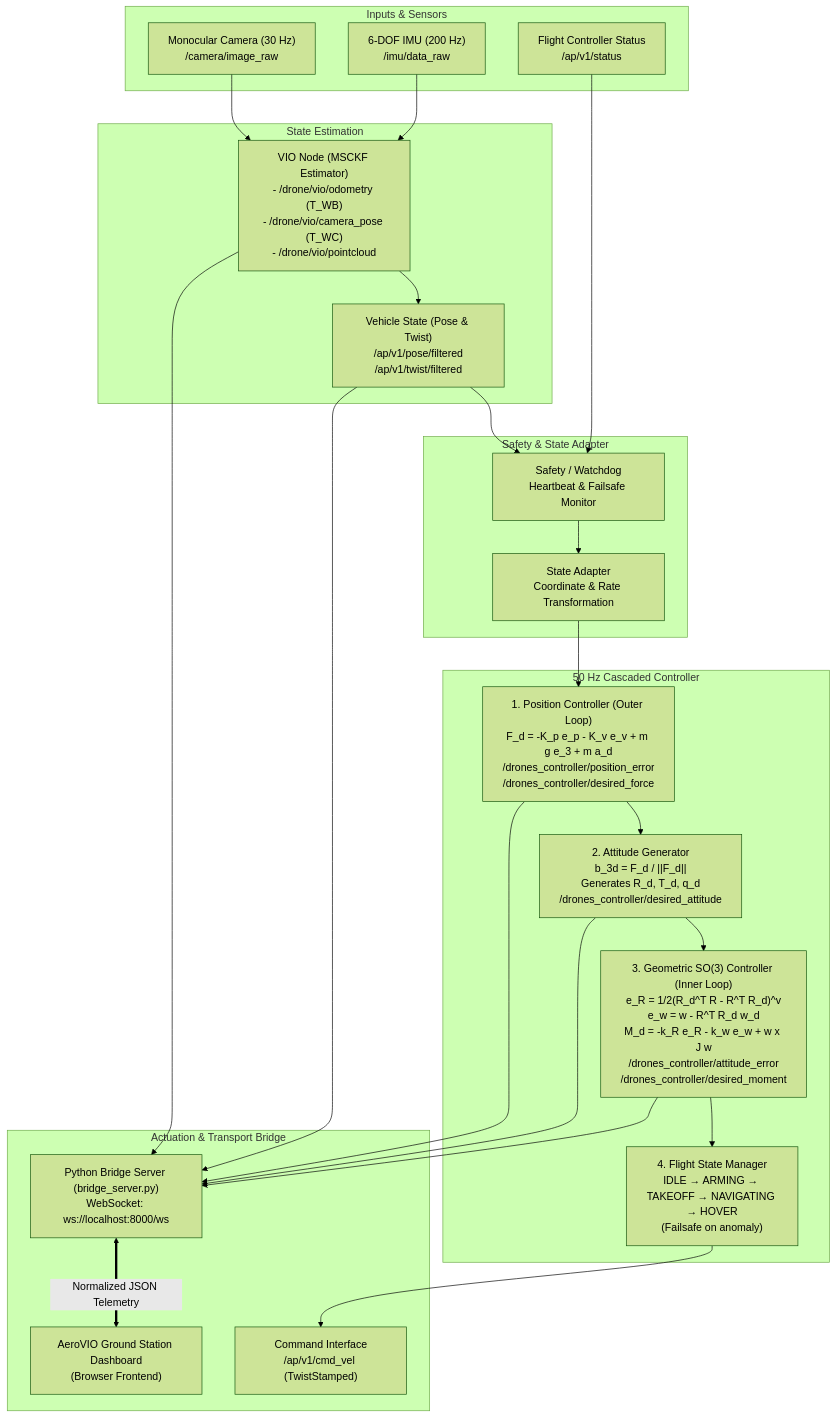
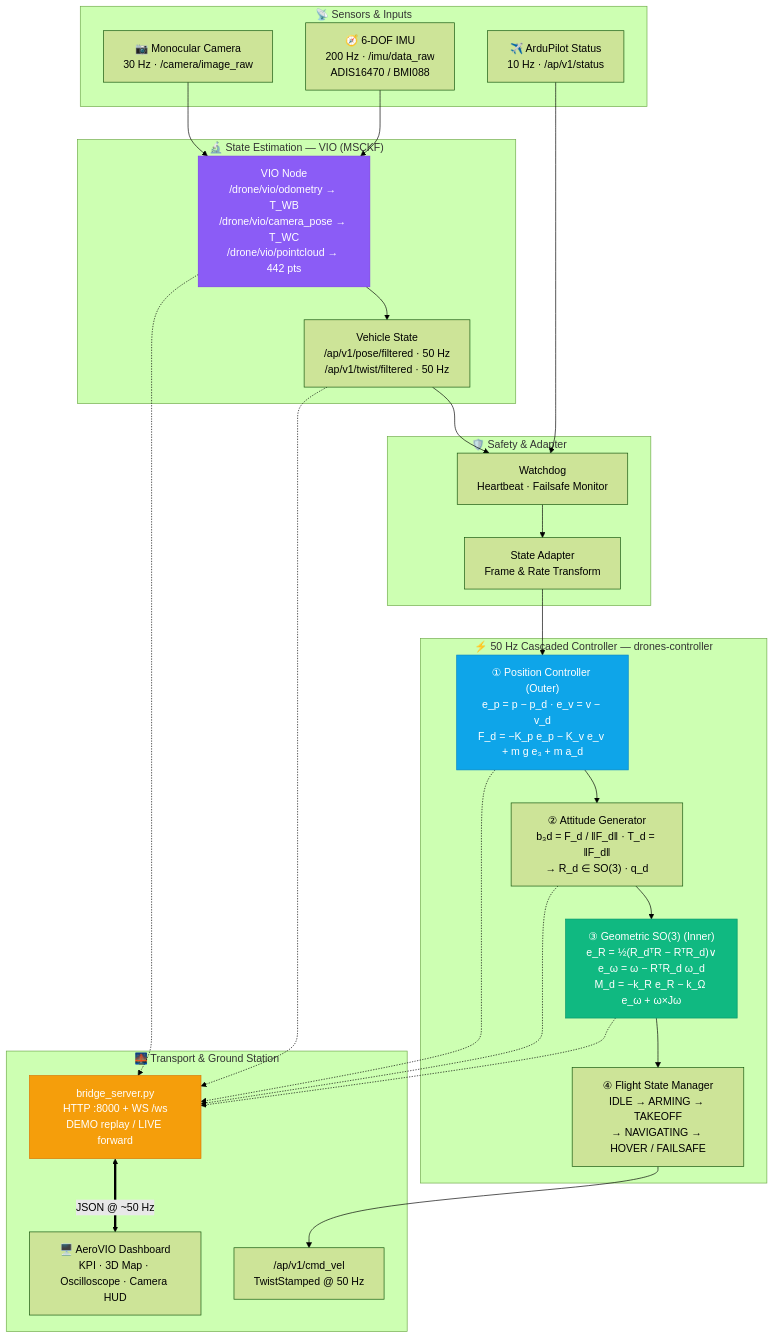
Before and after one commit to iamakhilan/Drones-Dashboard: the diagram in README.md, drawn with Mermaid (forest theme). The commit also changed other lines of this file, not shown here.

Commit message:
docs: beautiful README with hero, badges, architecture, quickstart and tech stack

````diff
--- a/README.md
+++ b/README.md
@@ -46,50 +137,50 @@
 ```mermaid
-flowchart TD
-    subgraph Inputs & Sensors
-        CAM["Monocular Camera (30 Hz)\n/camera/image_raw"]
-        IMU["6-DOF IMU (200 Hz)\n/imu/data_raw"]
-        AP_STATUS["Flight Controller Status\n/ap/v1/status"]
+flowchart TB
+    subgraph SENSORS["📡 Sensors & Inputs"]
+        CAM["📷 Monocular Camera<br/>30 Hz · /camera/image_raw"]
+        IMU["🧭 6-DOF IMU<br/>200 Hz · /imu/data_raw<br/>ADIS16470 / BMI088"]
+        AP["✈️ ArduPilot Status<br/>10 Hz · /ap/v1/status"]
     end
 
-    subgraph State Estimation
-        VIO["VIO Node (MSCKF Estimator)\n- /drone/vio/odometry (T_WB)\n- /drone/vio/camera_pose (T_WC)\n- /drone/vio/pointcloud"]
-        EST["Vehicle State (Pose & Twist)\n/ap/v1/pose/filtered\n/ap/v1/twist/filtered"]
+    subgraph EST["🔬 State Estimation — VIO (MSCKF)"]
+        VIO["VIO Node<br/>/drone/vio/odometry → T_WB<br/>/drone/vio/camera_pose → T_WC<br/>/drone/vio/pointcloud → 442 pts"]
+        STATE["Vehicle State<br/>/ap/v1/pose/filtered · 50 Hz<br/>/ap/v1/twist/filtered · 50 Hz"]
     end
 
-    subgraph Safety & State Adapter
-        WATCHDOG["Safety / Watchdog\nHeartbeat & Failsafe Monitor"]
-        ADAPTER["State Adapter\nCoordinate & Rate Transformation"]
+    subgraph SAFETY["🛡️ Safety & Adapter"]
+        WD["Watchdog<br/>Heartbeat · Failsafe Monitor"]
+        ADAPT["State Adapter<br/>Frame & Rate Transform"]
     end
 
-    subgraph 50 Hz Cascaded Controller
-        POS_CTRL["1. Position Controller (Outer Loop)\nF_d = -K_p e_p - K_v e_v + m g e_3 + m a_d\n/drones_controller/position_error\n/drones_controller/desired_force"]
-        ATT_GEN["2. Attitude Generator\nb_3d = F_d / ||F_d||\nGenerates R_d, T_d, q_d\n/drones_controller/desired_attitude"]
-        SO3_CTRL["3. Geometric SO(3) Controller (Inner Loop)\ne_R = 1/2(R_d^T R - R^T R_d)^v\ne_w = w - R^T R_d w_d\nM_d = -k_R e_R - k_w e_w + w x J w\n/drones_controller/attitude_error\n/drones_controller/desired_moment"]
-        FSM["4. Flight State Manager\nIDLE → ARMING → TAKEOFF → NAVIGATING → HOVER\n(Failsafe on anomaly)"]
+    subgraph CTRL["⚡ 50 Hz Cascaded Controller — drones-controller"]
+        POS["① Position Controller (Outer)<br/>e_p = p − p_d · e_v = v − v_d<br/>F_d = −K_p e_p − K_v e_v + m g e₃ + m a_d"]
+        ATTG["② Attitude Generator<br/>b₃d = F_d / ‖F_d‖ · T_d = ‖F_d‖<br/>→ R_d ∈ SO(3) · q_d"]
+        SO3["③ Geometric SO(3) (Inner)<br/>e_R = ½(R_dᵀR − RᵀR_d)∨<br/>e_ω = ω − RᵀR_d ω_d<br/>M_d = −k_R e_R − k_Ω e_ω + ω×Jω"]
+        FSM["④ Flight State Manager<br/>IDLE → ARMING → TAKEOFF<br/>→ NAVIGATING → HOVER / FAILSAFE"]
     end
 
-    subgraph Actuation & Transport Bridge
-        CMD["Command Interface\n/ap/v1/cmd_vel (TwistStamped)"]
-        BRIDGE["Python Bridge Server (bridge_server.py)\nWebSocket: ws://localhost:8000/ws"]
-        DASH["AeroVIO Ground Station Dashboard\n(Browser Frontend)"]
+    subgraph BRIDGE["🌉 Transport & Ground Station"]
+        CMD["/ap/v1/cmd_vel<br/>TwistStamped @ 50 Hz"]
+        BR["bridge_server.py<br/>HTTP :8000 + WS /ws<br/>DEMO replay / LIVE forward"]
+        GCS["🖥️ AeroVIO Dashboard<br/>KPI · 3D Map · Oscilloscope · Camera HUD"]
     end
 
     CAM --> VIO
     IMU --> VIO
-    VIO --> EST
-    EST --> WATCHDOG
-    AP_STATUS --> WATCHDOG
-    WATCHDOG --> ADAPTER
-    ADAPTER --> POS_CTRL
-    POS_CTRL --> ATT_GEN
-    ATT_GEN --> SO3_CTRL
-    SO3_CTRL --> FSM
-    FSM --> CMD
+    VIO --> STATE
+    STATE --> WD
+    AP --> WD
+    WD --> ADAPT
+    ADAPT --> POS --> ATTG --> SO3 --> FSM --> CMD
+    STATE -.-> BR
+    POS -.-> BR
+    ATTG -.-> BR
+    SO3 -.-> BR
+    VIO -.-> BR
+    BR <==>|"JSON @ ~50 Hz"| GCS
 
-    EST --> BRIDGE
-    POS_CTRL --> BRIDGE
-    ATT_GEN --> BRIDGE
-    SO3_CTRL --> BRIDGE
-    VIO --> BRIDGE
-    BRIDGE <==>|Normalized JSON Telemetry| DASH
+    style POS fill:#0EA5E9,stroke:#0284C7,color:#fff
+    style SO3 fill:#10B981,stroke:#059669,color:#fff
+    style VIO fill:#8B5CF6,stroke:#7C3AED,color:#fff
+    style BR fill:#F59E0B,stroke:#D97706,color:#fff
 ```
````
